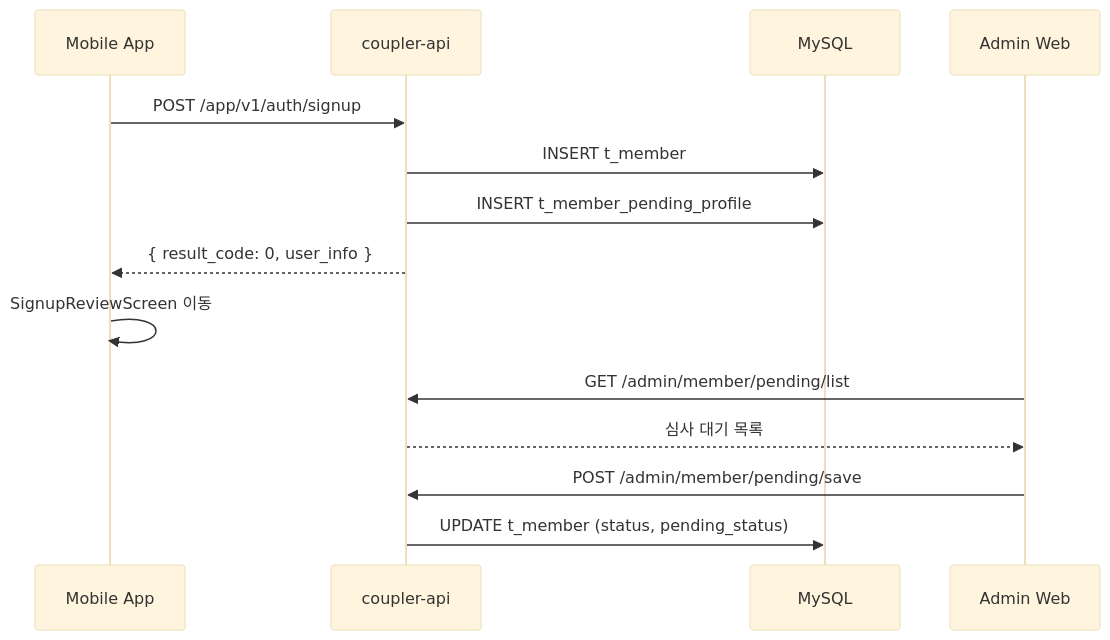
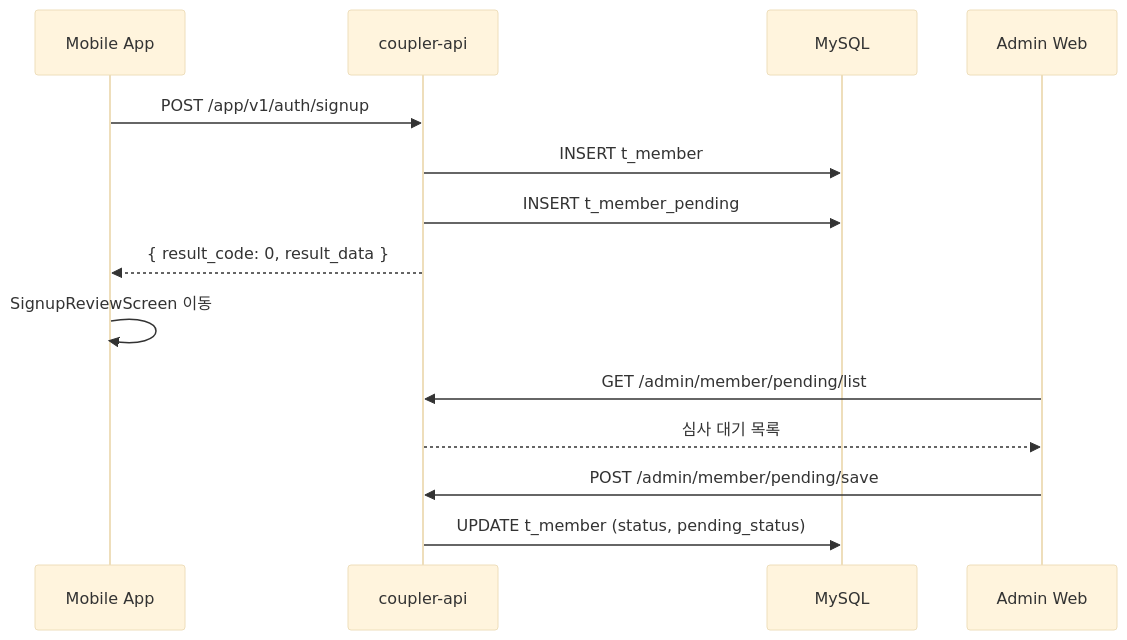
Before and after one commit to coupler-developer/docs: the diagram in content/flows/cross-project/user-registration-flow.md, drawn with Mermaid (base theme). The commit also changed other lines of this file and 3 other files, not shown here.

First line of the commit message:
docs: 회원 심사 FSM/플로우 정합성 정리

````diff
--- a/content/flows/cross-project/user-registration-flow.md
+++ b/content/flows/cross-project/user-registration-flow.md
@@ -15,17 +15,17 @@
 ```mermaid
 sequenceDiagram
     participant App as Mobile App
     participant API as coupler-api
     participant DB as MySQL
     participant Admin as Admin Web
 
     App->>API: POST /app/v1/auth/signup
     API->>DB: INSERT t_member
-    API->>DB: INSERT t_member_pending_profile
-    API-->>App: { result_code: 0, user_info }
+    API->>DB: INSERT t_member_pending
+    API-->>App: { result_code: 0, result_data }
     App->>App: SignupReviewScreen 이동
     Admin->>API: GET /admin/member/pending/list
     API-->>Admin: 심사 대기 목록
     Admin->>API: POST /admin/member/pending/save
     API->>DB: UPDATE t_member (status, pending_status)
 ```
````
